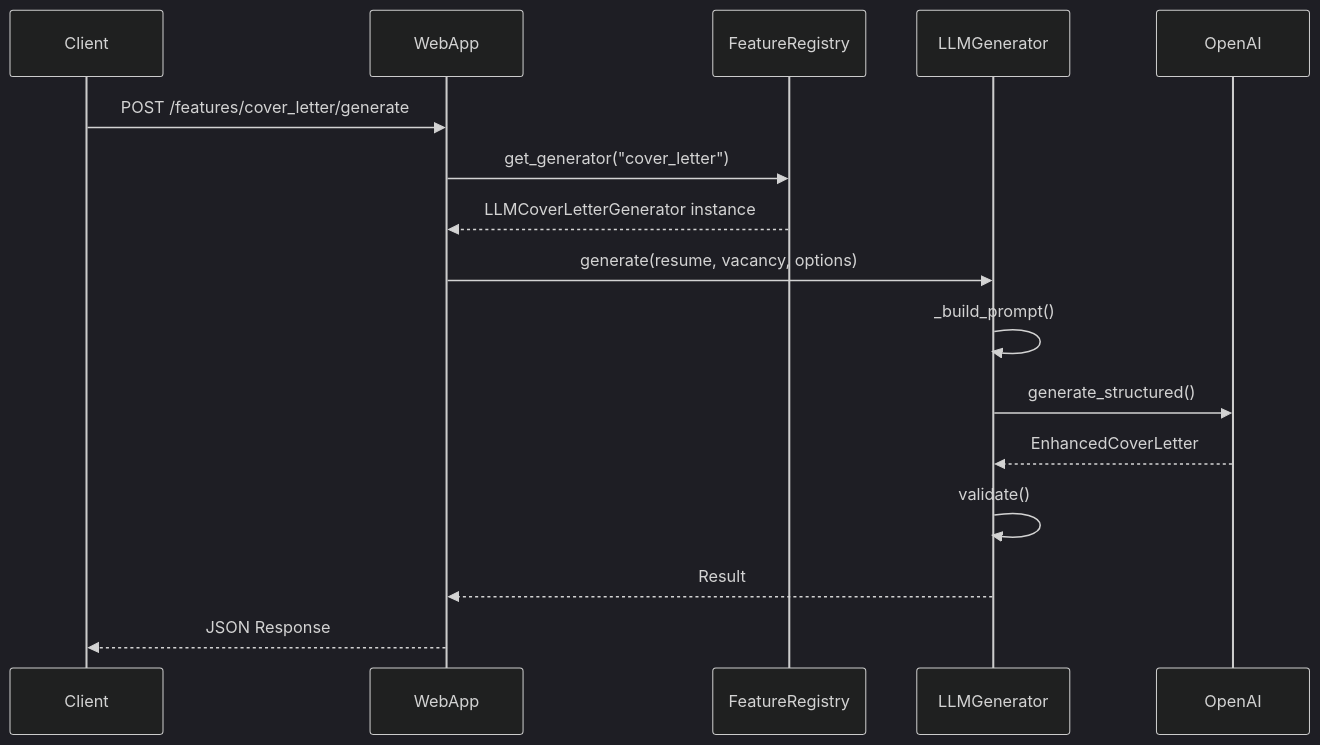
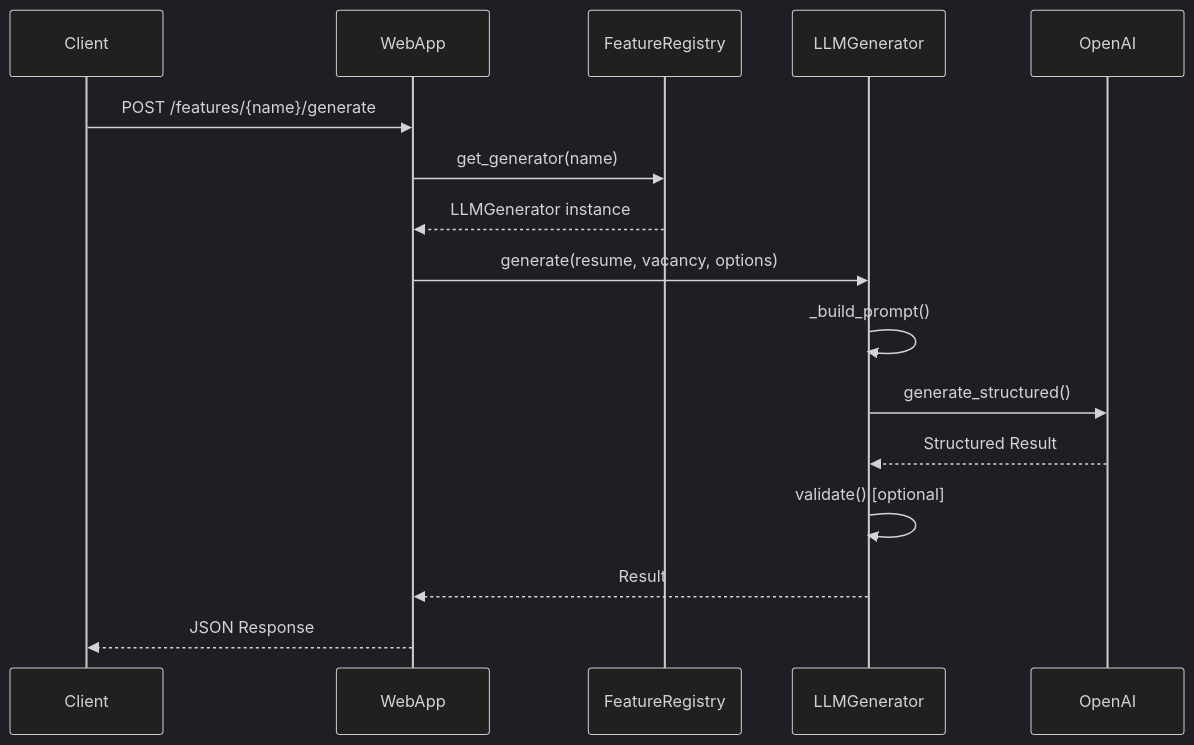
The third of 3 diagrams in docs/architecture/overview.md (Maskedxxx/refactor_gpt_4_mini_hackaton_final), drawn with Mermaid (dark theme) before and after one commit. The commit also changed other lines of this file and 5 other files, not shown here.

````diff
--- a/docs/architecture/overview.md
+++ b/docs/architecture/overview.md
@@ -80,19 +89,19 @@
 ```mermaid
 sequenceDiagram
     participant Client
     participant WebApp
     participant Registry as FeatureRegistry
     participant Feature as LLMGenerator
     participant LLM as OpenAI
 
-    Client->>WebApp: POST /features/cover_letter/generate
-    WebApp->>Registry: get_generator("cover_letter")
-    Registry-->>WebApp: LLMCoverLetterGenerator instance
+    Client->>WebApp: POST /features/{name}/generate
+    WebApp->>Registry: get_generator(name)
+    Registry-->>WebApp: LLMGenerator instance
     WebApp->>Feature: generate(resume, vacancy, options)
     Feature->>Feature: _build_prompt()
     Feature->>LLM: generate_structured()
-    LLM-->>Feature: EnhancedCoverLetter
-    Feature->>Feature: validate()
+    LLM-->>Feature: Structured Result
+    Feature->>Feature: validate() [optional]
     Feature-->>WebApp: Result
     WebApp-->>Client: JSON Response
 ```
````
